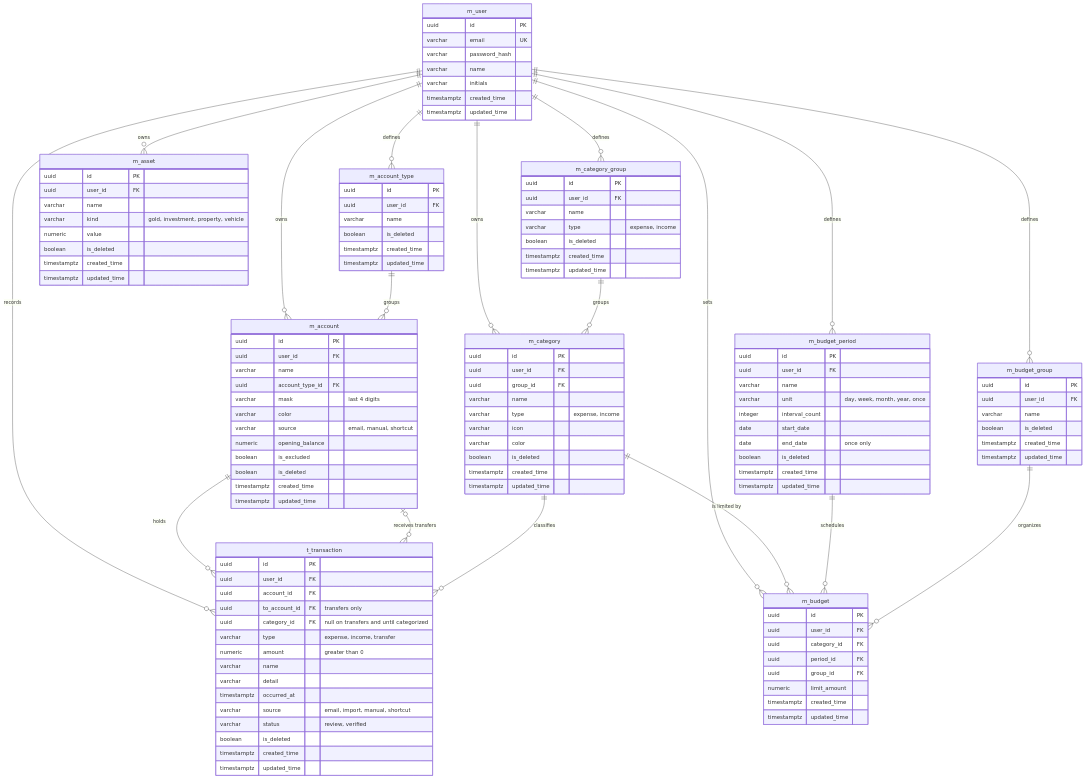
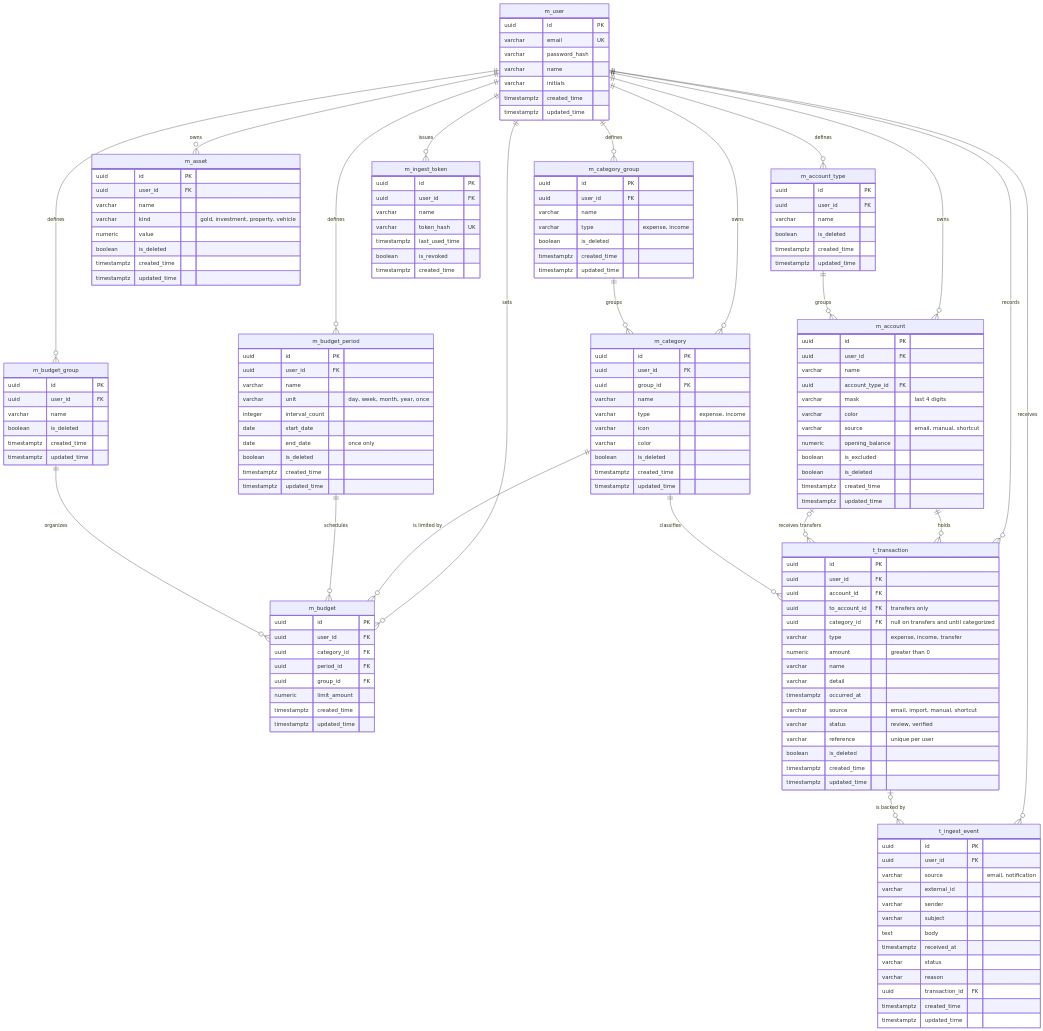
Before and after one commit to rendrooy/Fynlo: the diagram in docs/erd.md, drawn with Mermaid. The commit also changed other lines of this file and 15 other files, not shown here.

```diff
--- a/docs/erd.md
+++ b/docs/erd.md
@@ -11,6 +11,9 @@
     m_category_group ||--o{ m_category : groups
     m_user ||--o{ m_budget : sets
     m_user ||--o{ t_transaction : records
+    m_user ||--o{ m_ingest_token : issues
+    m_user ||--o{ t_ingest_event : receives
+    t_transaction |o--o{ t_ingest_event : "is backed by"
     m_account ||--o{ t_transaction : "holds"
     m_account |o--o{ t_transaction : "receives transfers"
     m_category ||--o{ t_transaction : "classifies"
@@ -99,6 +102,32 @@
         timestamptz updated_time
     }
 
+    m_ingest_token {
+        uuid id PK
+        uuid user_id FK
+        varchar name
+        varchar token_hash UK
+        timestamptz last_used_time
+        boolean is_revoked
+        timestamptz created_time
+    }
+
+    t_ingest_event {
+        uuid id PK
+        uuid user_id FK
+        varchar source "email, notification"
+        varchar external_id
+        varchar sender
+        varchar subject
+        text body
+        timestamptz received_at
+        varchar status
+        varchar reason
+        uuid transaction_id FK
+        timestamptz created_time
+        timestamptz updated_time
+    }
+
     m_budget_period {
         uuid id PK
         uuid user_id FK
@@ -134,6 +163,7 @@
         timestamptz occurred_at
         varchar source "email, import, manual, shortcut"
         varchar status "review, verified"
+        varchar reference "unique per user"
         boolean is_deleted
         timestamptz created_time
         timestamptz updated_time
```
